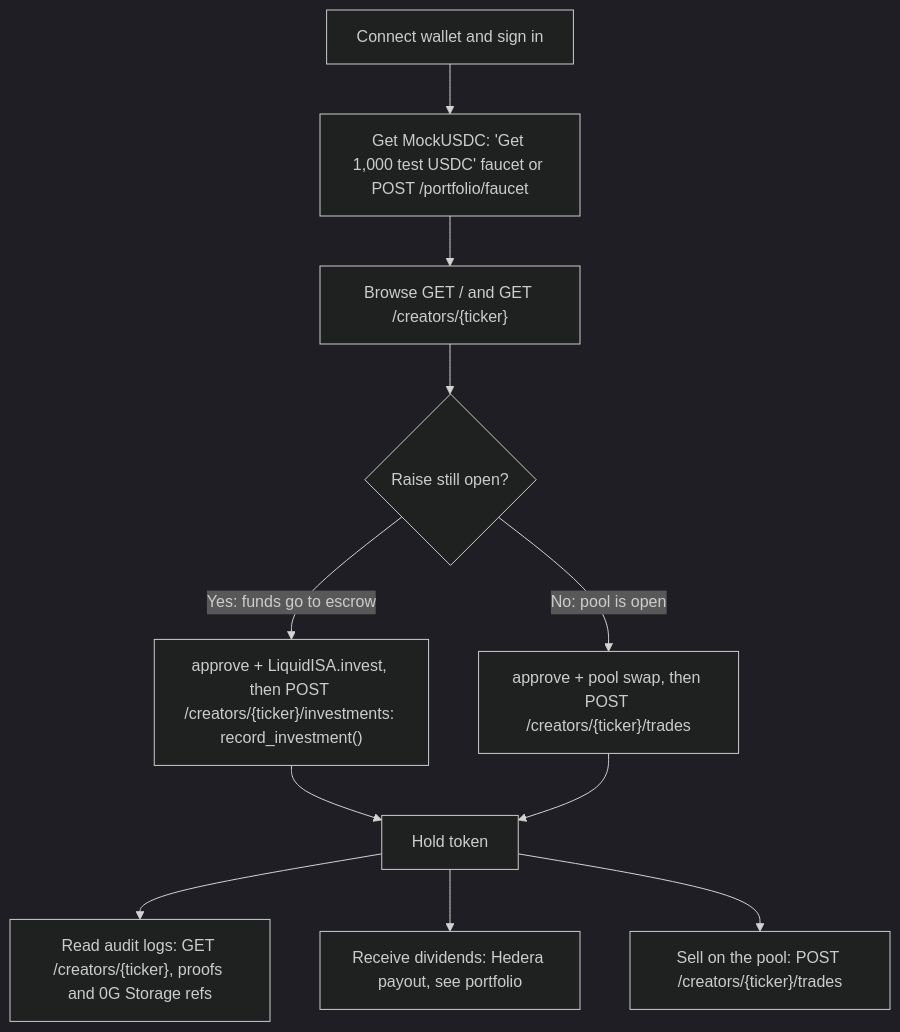
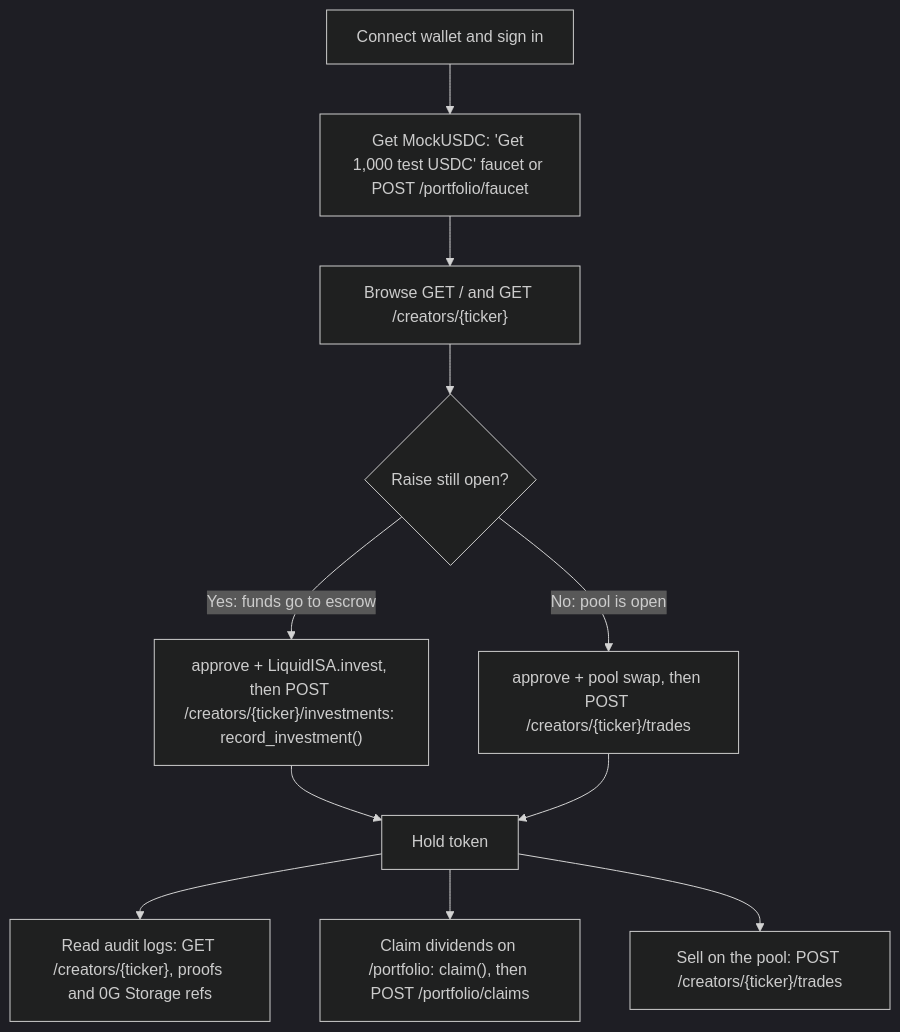
One commit to predatorx7/stakeme-ex changed the second of 6 diagrams in docs/user-flows.md. Above: the diagram before and after it, drawn with Mermaid (dark theme). The commit also changed other lines of this file and 14 other files, not shown here.

````diff
--- a/docs/user-flows.md
+++ b/docs/user-flows.md
@@ -61,20 +63,20 @@
 ```mermaid
 flowchart TD
 	connect["Connect wallet and sign in"]
 	faucet["Get MockUSDC: 'Get 1,000 test USDC' faucet or POST /portfolio/faucet"]
 	browse["Browse GET / and GET /creators/{ticker}"]
 	choice{"Raise still open?"}
 	invest["approve + LiquidISA.invest, then POST /creators/{ticker}/investments: record_investment()"]
 	buy["approve + pool swap, then POST /creators/{ticker}/trades"]
 	audit["Read audit logs: GET /creators/{ticker}, proofs and 0G Storage refs"]
 	hold["Hold token"]
-	div["Receive dividends: Hedera payout, see portfolio"]
+	div["Claim dividends on /portfolio: claim(), then POST /portfolio/claims"]
 	sell["Sell on the pool: POST /creators/{ticker}/trades"]
 
 	connect --> faucet --> browse --> choice
 	choice -->|"Yes: funds go to escrow"| invest --> hold
 	choice -->|"No: pool is open"| buy --> hold
 	hold --> audit
 	hold --> div
 	hold --> sell
 ```
````
